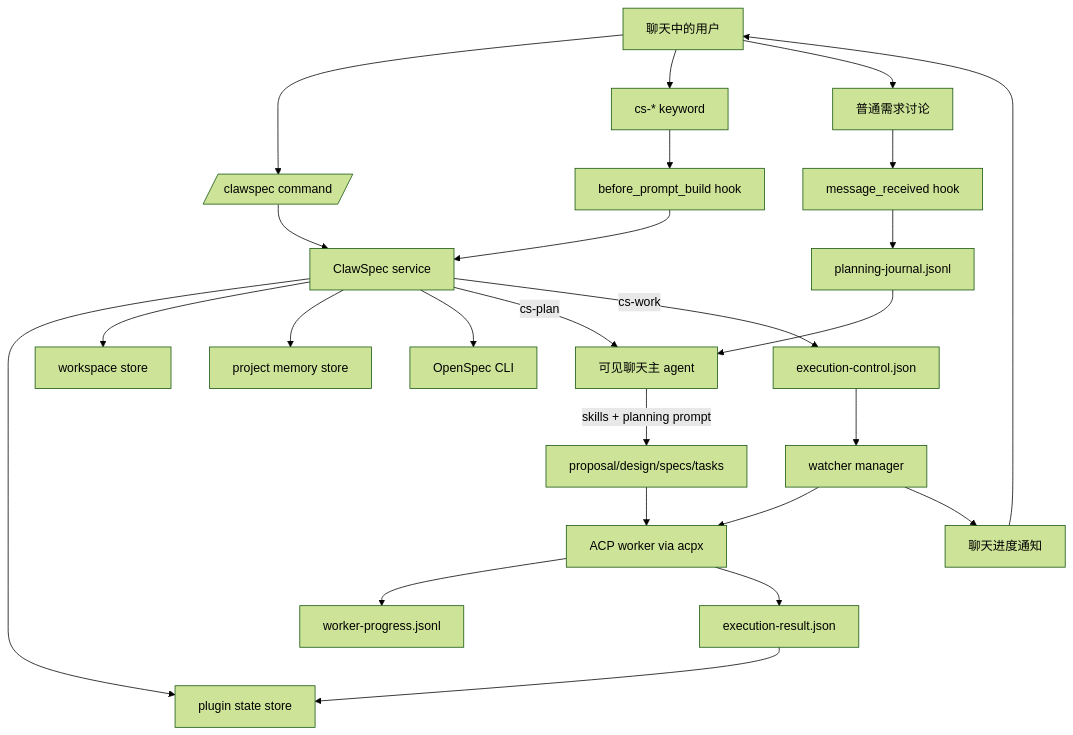
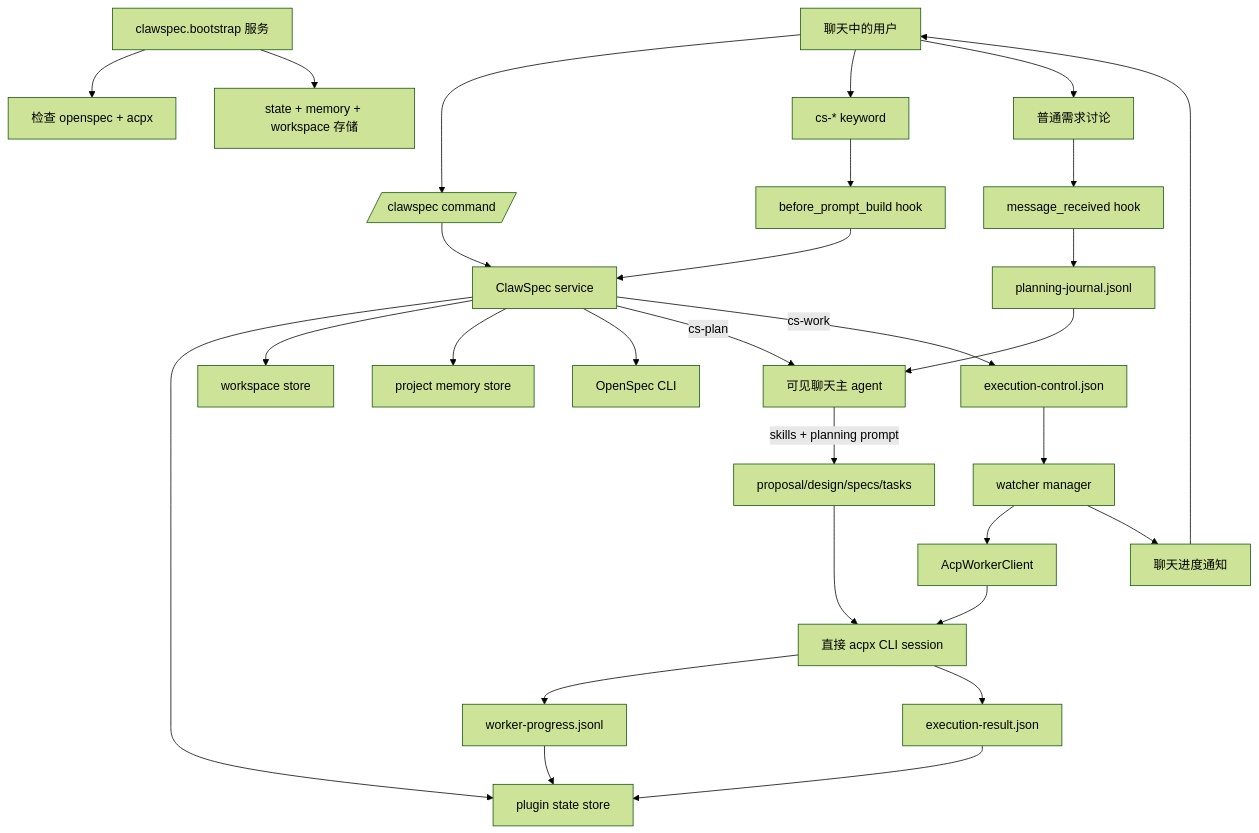
Before and after one commit to bytegh/clawspec: the first of 3 diagrams in README.zh-CN.md, drawn with Mermaid (forest theme). The commit also changed other lines of this file and 24 other files, not shown here.

Commit message:
feat: stabilize clawspec worker recovery and document runtime workflow

````diff
--- a/README.zh-CN.md
+++ b/README.zh-CN.md
@@ -42,32 +43,38 @@
 ```mermaid
 flowchart TD
+    BOOT[clawspec.bootstrap 服务]
+    BOOT --> DEPS[检查 openspec + acpx]
+    BOOT --> STORES[state + memory + workspace 存储]
+
     U[聊天中的用户] --> CMD[/clawspec command/]
     U --> KEY[cs-* keyword]
     U --> MSG[普通需求讨论]
 
     CMD --> SVC[ClawSpec service]
     KEY --> HOOK[before_prompt_build hook]
     MSG --> INBOUND[message_received hook]
 
     INBOUND --> JOURNAL[planning-journal.jsonl]
     HOOK --> SVC
     SVC --> STATE[plugin state store]
     SVC --> WS[workspace store]
     SVC --> MEM[project memory store]
     SVC --> OSCLI[OpenSpec CLI]
 
     SVC -->|cs-plan| MAIN[可见聊天主 agent]
     MAIN -->|skills + planning prompt| ARTIFACTS[proposal/design/specs/tasks]
 
     SVC -->|cs-work| CTRL[execution-control.json]
     CTRL --> WATCHER[watcher manager]
-    WATCHER --> ACP[ACP worker via acpx]
-    ACP --> PROGRESS[worker-progress.jsonl]
-    ACP --> RESULT[execution-result.json]
+    WATCHER --> ACPCLIENT[AcpWorkerClient]
+    ACPCLIENT --> ACPCLI[直接 acpx CLI session]
+    ACPCLI --> PROGRESS[worker-progress.jsonl]
+    ACPCLI --> RESULT[execution-result.json]
     WATCHER --> NOTIFY[聊天进度通知]
     NOTIFY --> U
 
     JOURNAL --> MAIN
-    ARTIFACTS --> ACP
+    ARTIFACTS --> ACPCLI
     RESULT --> STATE
+    PROGRESS --> STATE
 ```
````
